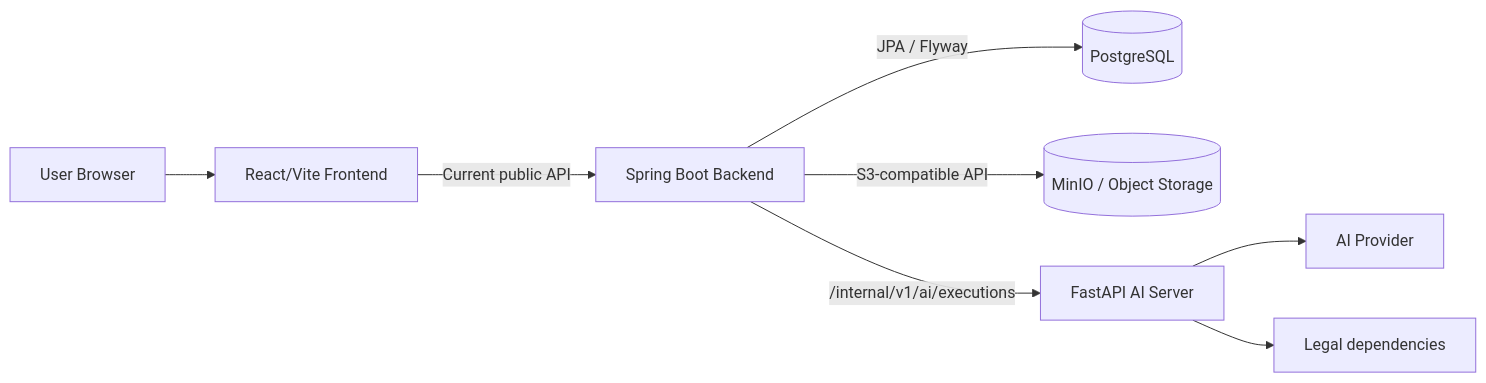
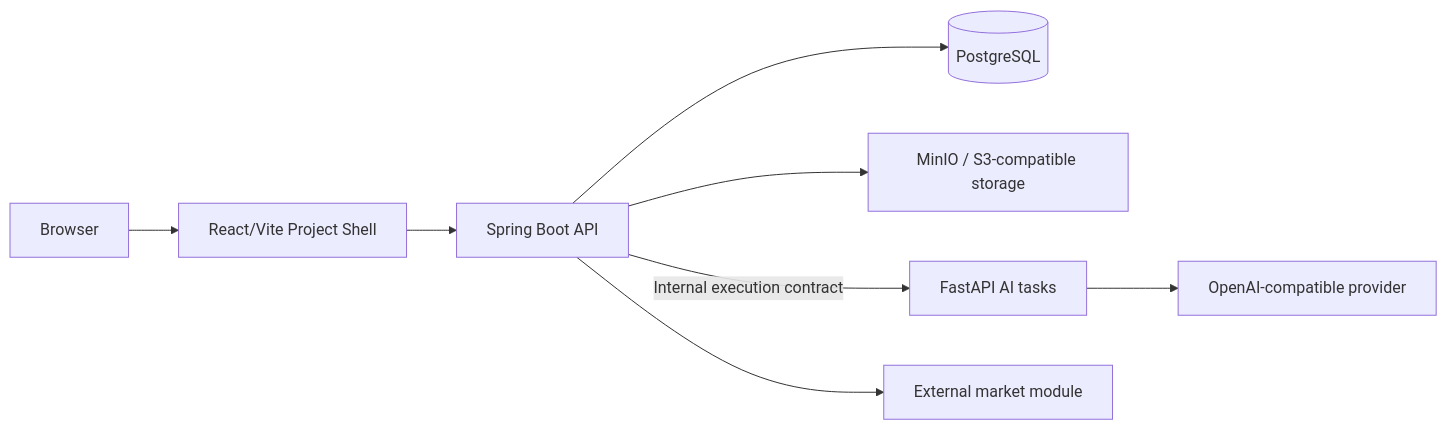
Before and after one commit to junwoooooooo/aivle_big_project: the diagram in docs/architecture/SYSTEM_ARCHITECTURE.md, drawn with Mermaid. The commit also changed other lines of this file and 791 other files, not shown here.

````diff
--- a/docs/architecture/SYSTEM_ARCHITECTURE.md
+++ b/docs/architecture/SYSTEM_ARCHITECTURE.md
@@ -9,10 +6,10 @@
 ```mermaid
 flowchart LR
-    U["User Browser"] --> F["React/Vite Frontend"]
-    F -->|"Current public API"| S["Spring Boot Backend"]
-    S -->|"JPA / Flyway"| D[("PostgreSQL")]
-    S -->|"S3-compatible API"| O[("MinIO / Object Storage")]
-    S -->|"/internal/v1/ai/executions"| A["FastAPI AI Server"]
-    A --> M["AI Provider"]
-    A --> L["Legal dependencies"]
+    Browser --> Frontend["React/Vite Project Shell"]
+    Frontend --> Backend["Spring Boot API"]
+    Backend --> PostgreSQL[(PostgreSQL)]
+    Backend --> ObjectStorage["MinIO / S3-compatible storage"]
+    Backend -->|"Internal execution contract"| AI["FastAPI AI tasks"]
+    AI --> Provider["OpenAI-compatible provider"]
+    Backend --> External["External market module"]
 ```
````
